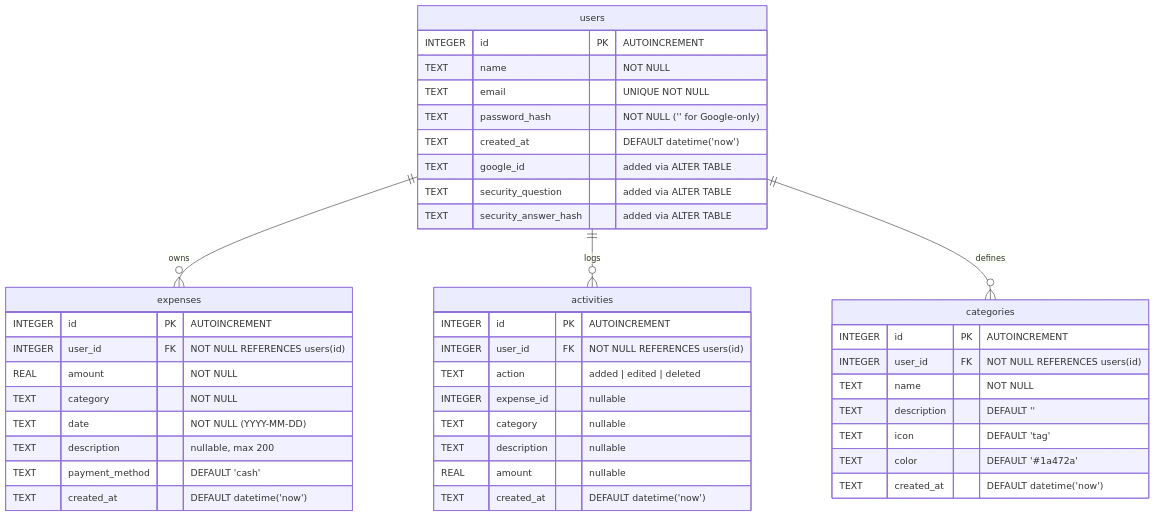
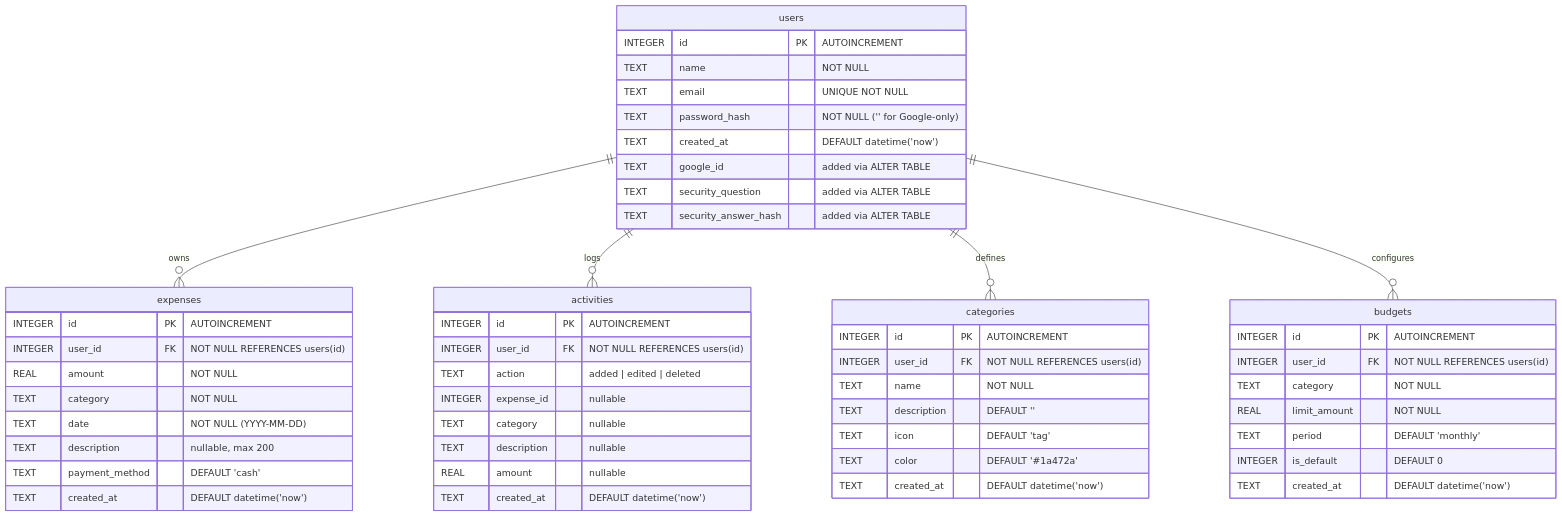
One commit to sonusuman147/spendly changed the second of 4 diagrams in PROJECT_DOCUMENTATION.md. Above: the diagram before and after it, drawn with Mermaid. The commit also changed other lines of this file, not shown here.

````diff
--- a/PROJECT_DOCUMENTATION.md
+++ b/PROJECT_DOCUMENTATION.md
@@ -390,49 +445,60 @@
 ```mermaid
 erDiagram
     users {
         INTEGER id PK "AUTOINCREMENT"
         TEXT name "NOT NULL"
         TEXT email "UNIQUE NOT NULL"
         TEXT password_hash "NOT NULL ('' for Google-only)"
         TEXT created_at "DEFAULT datetime('now')"
         TEXT google_id "added via ALTER TABLE"
         TEXT security_question "added via ALTER TABLE"
         TEXT security_answer_hash "added via ALTER TABLE"
     }
 
     expenses {
         INTEGER id PK "AUTOINCREMENT"
         INTEGER user_id FK "NOT NULL REFERENCES users(id)"
         REAL amount "NOT NULL"
         TEXT category "NOT NULL"
         TEXT date "NOT NULL (YYYY-MM-DD)"
         TEXT description "nullable, max 200"
         TEXT payment_method "DEFAULT 'cash'"
         TEXT created_at "DEFAULT datetime('now')"
     }
 
     activities {
         INTEGER id PK "AUTOINCREMENT"
         INTEGER user_id FK "NOT NULL REFERENCES users(id)"
         TEXT action "added | edited | deleted"
         INTEGER expense_id "nullable"
         TEXT category "nullable"
         TEXT description "nullable"
         REAL amount "nullable"
         TEXT created_at "DEFAULT datetime('now')"
     }
 
     categories {
         INTEGER id PK "AUTOINCREMENT"
         INTEGER user_id FK "NOT NULL REFERENCES users(id)"
         TEXT name "NOT NULL"
         TEXT description "DEFAULT ''"
         TEXT icon "DEFAULT 'tag'"
         TEXT color "DEFAULT '#1a472a'"
         TEXT created_at "DEFAULT datetime('now')"
     }
 
+    budgets {
+        INTEGER id PK "AUTOINCREMENT"
+        INTEGER user_id FK "NOT NULL REFERENCES users(id)"
+        TEXT category "NOT NULL"
+        REAL limit_amount "NOT NULL"
+        TEXT period "DEFAULT 'monthly'"
+        INTEGER is_default "DEFAULT 0"
+        TEXT created_at "DEFAULT datetime('now')"
+    }
+
     users ||--o{ expenses : "owns"
     users ||--o{ activities : "logs"
     users ||--o{ categories : "defines"
+    users ||--o{ budgets : "configures"
 ```
````
